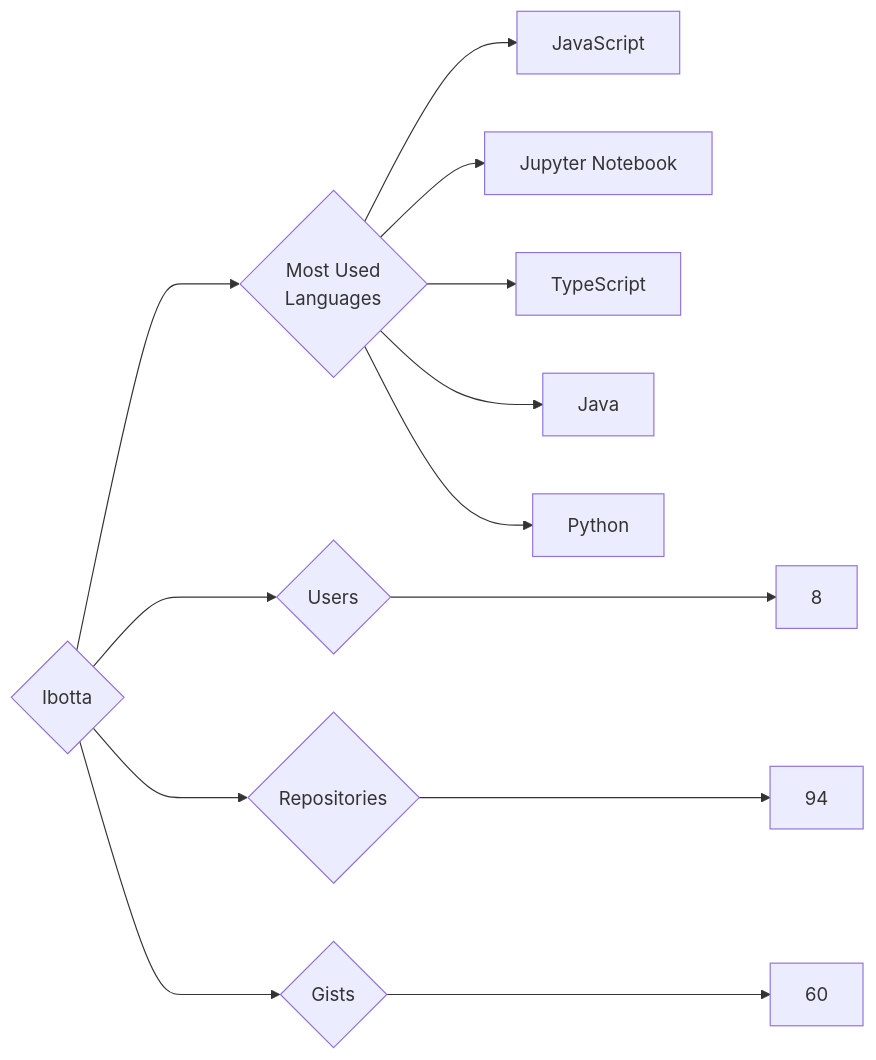
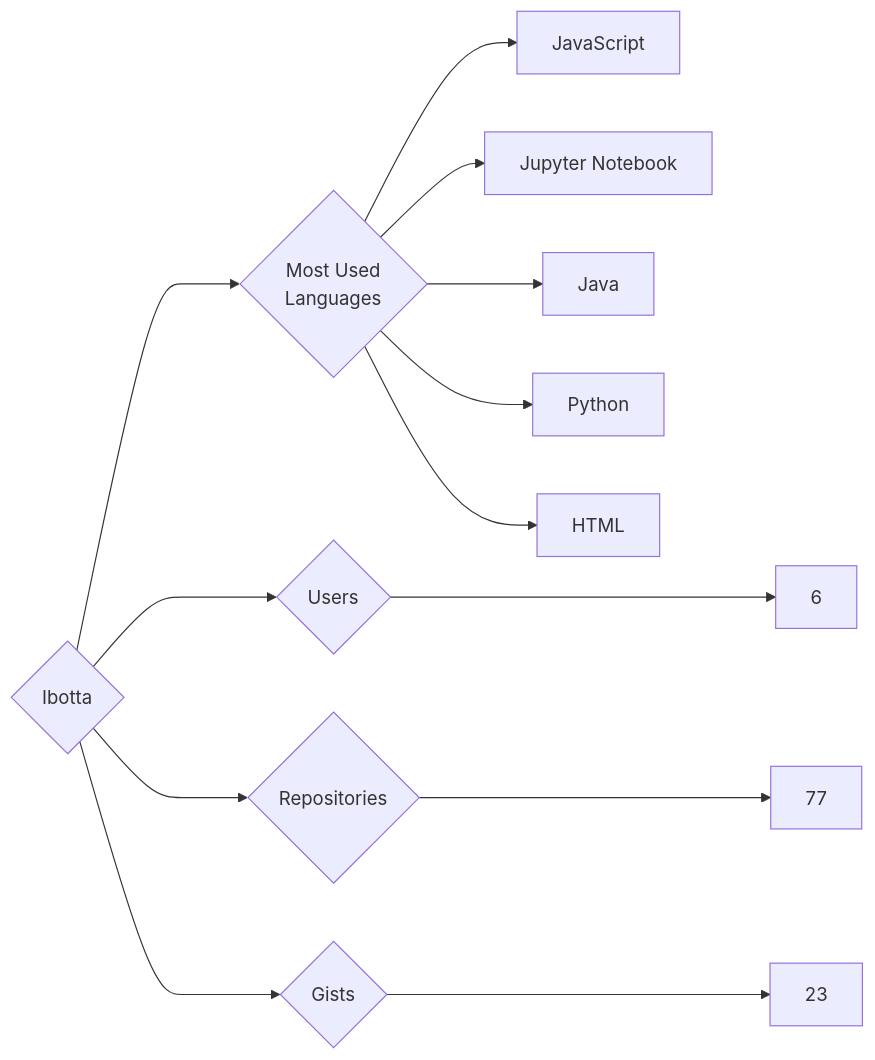
One commit to trickest/insiders changed the diagram in targets/Ibotta/README.md. Above: the diagram before and after it, drawn with Mermaid. The commit also changed 1084 other files, not shown here.

````diff
--- a/targets/Ibotta/README.md
+++ b/targets/Ibotta/README.md
@@ -3,13 +3,13 @@
 ```mermaid
 graph LR
 COMPANY_NAME{Ibotta}
-COMPANY_NAME ---> U{Users} ---> UN[8]
-COMPANY_NAME ---> R{Repositories} ---> RN[94]
-COMPANY_NAME ---> G{Gists} ---> GN[60]
+COMPANY_NAME ---> U{Users} ---> UN[6]
+COMPANY_NAME ---> R{Repositories} ---> RN[77]
+COMPANY_NAME ---> G{Gists} ---> GN[23]
 COMPANY_NAME ---> ML{Most Used<br>Languages}
 ML --> JavaScript[JavaScript]
 ML --> Jupyter_Notebook[Jupyter Notebook]
-ML --> TypeScript[TypeScript]
 ML --> Java[Java]
 ML --> Python[Python]
+ML --> HTML[HTML]
 ```
````
